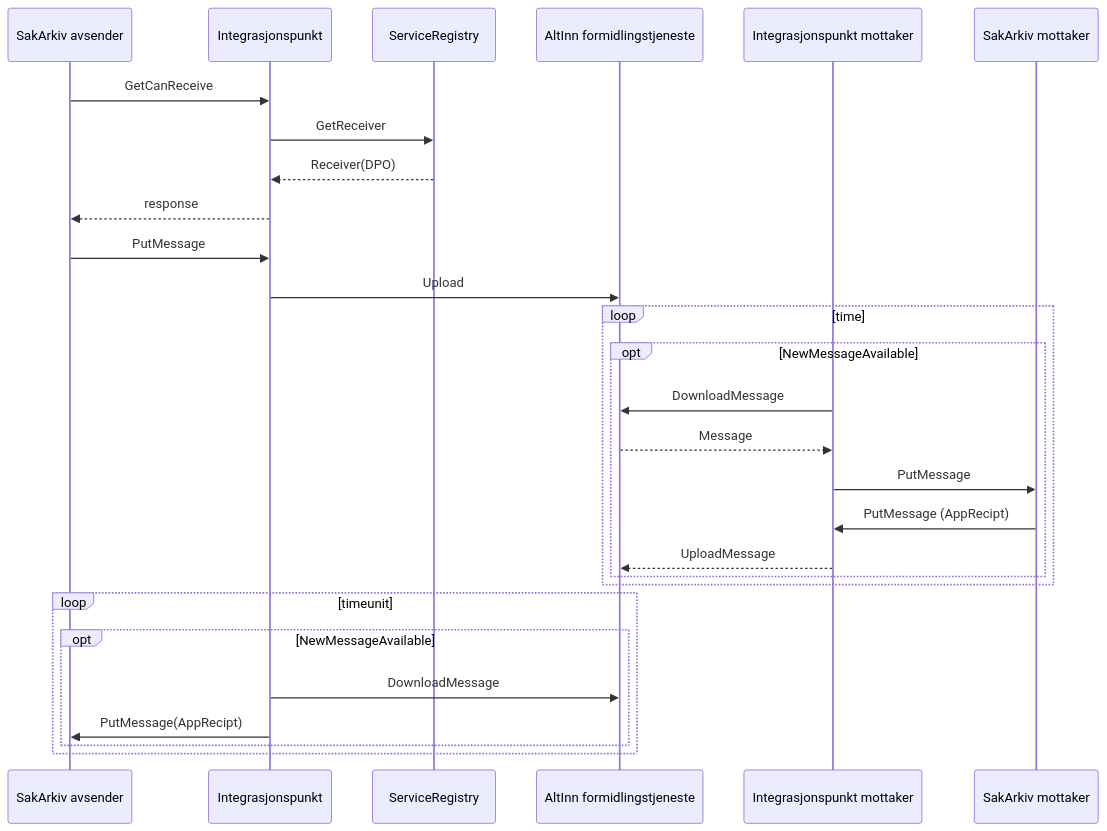
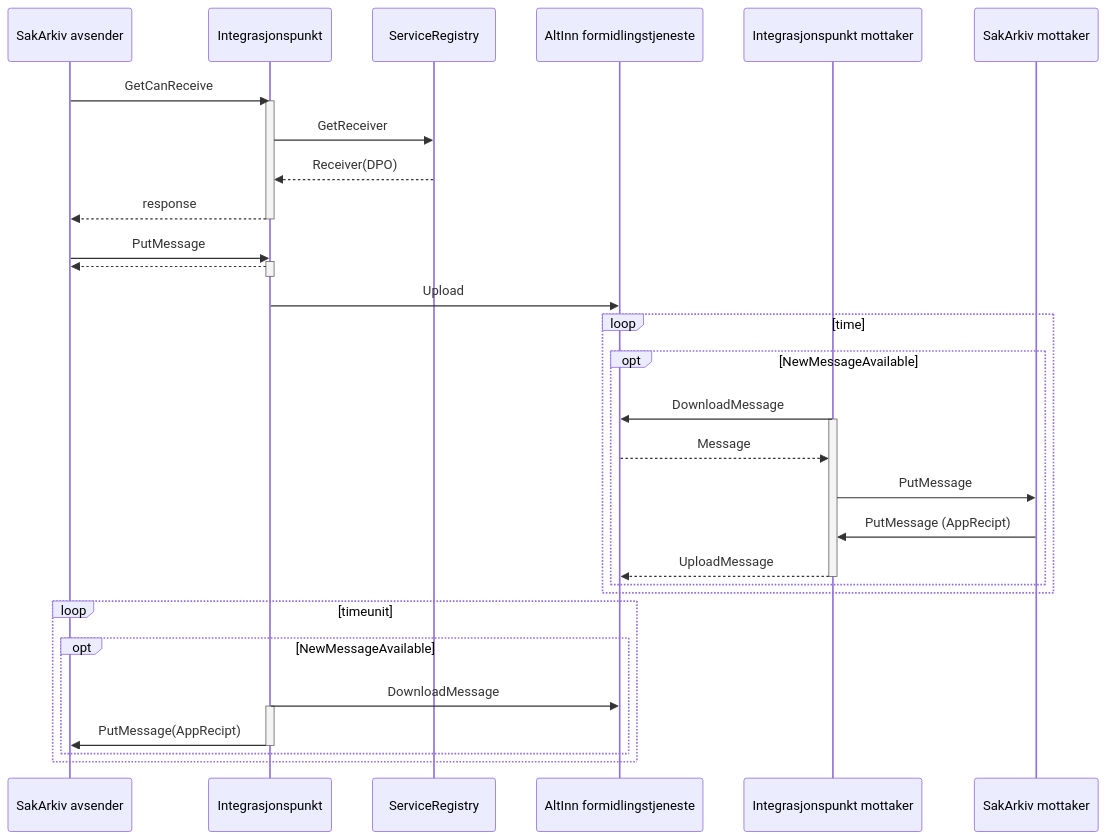
Before and after one commit to difi/eformidling: the first of 9 diagrams in pages/Integrasjonspunktet/messagetypes.md, drawn with Mermaid.

Commit message:
oppdatert DPO sekvensdigram med lifespan

```diff
--- a/pages/Integrasjonspunktet/messagetypes.md
+++ b/pages/Integrasjonspunktet/messagetypes.md
@@ -26,31 +26,40 @@
 <div class="mermaid">
 sequenceDiagram
     participant saa as SakArkiv avsender
     participant ipa as Integrasjonspunkt 
     participant sr as ServiceRegistry
     participant mf  as AltInn formidlingstjeneste
     participant ipm as Integrasjonspunkt mottaker
     participant sam as SakArkiv mottaker
 
     saa->>ipa: GetCanReceive
+    activate ipa
     ipa->>sr: GetReceiver
-    sr-->>ipa: Receiver(DPO)
+    sr-->>ipa: Receiver(DPO)    
     ipa-->>saa:response
+    deactivate ipa    
     saa->>ipa: PutMessage
+    activate ipa
+    ipa-->>saa: 
+    deactivate ipa
     ipa->>mf: Upload
     loop time
         opt NewMessageAvailable 
             ipm->>mf: DownloadMessage
+            activate ipm
             mf-->>ipm: Message
             ipm->>sam: PutMessage
             sam->>ipm: PutMessage (AppRecipt)
             ipm-->>mf: UploadMessage
+            deactivate ipm
         end
     end
     loop timeunit
         opt NewMessageAvailable 
             ipa->>mf: DownloadMessage
+            activate ipa
             ipa->>saa: PutMessage(AppRecipt)
+            deactivate ipa
         end
     end
 </div>
```
